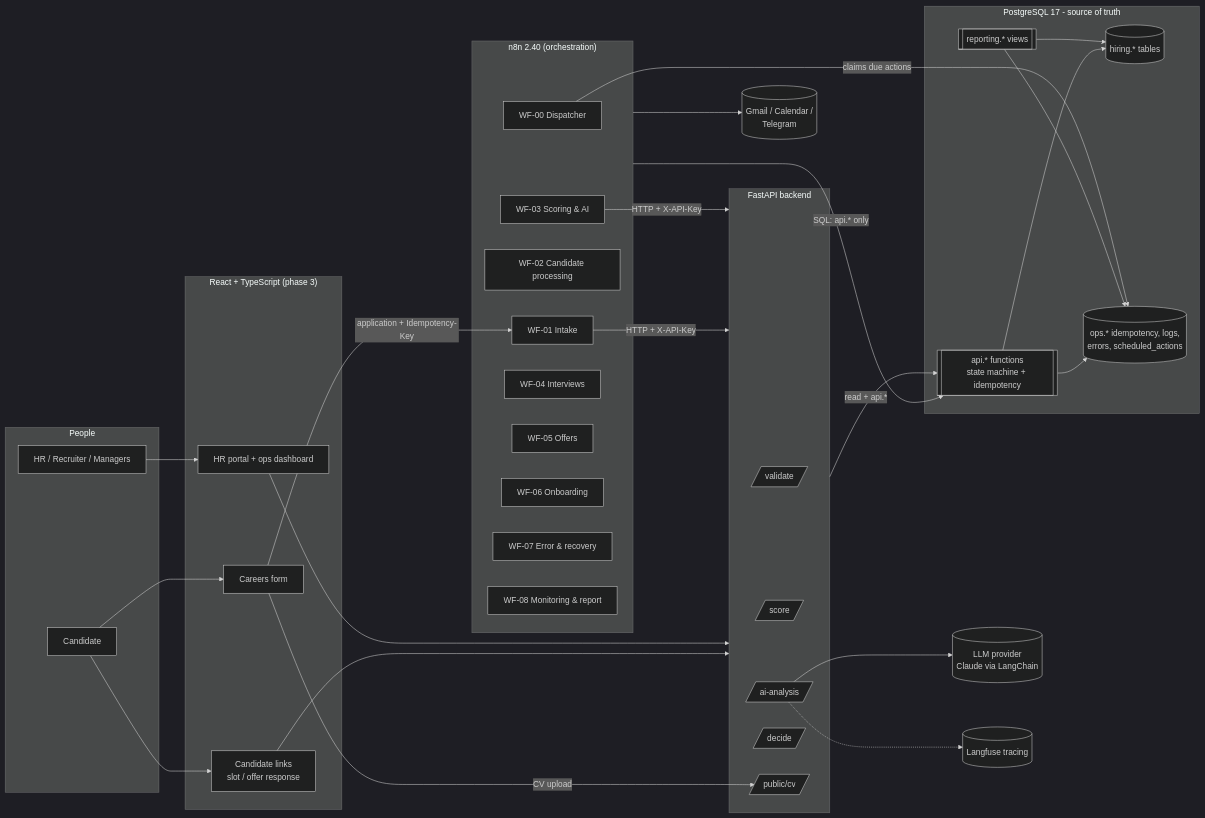
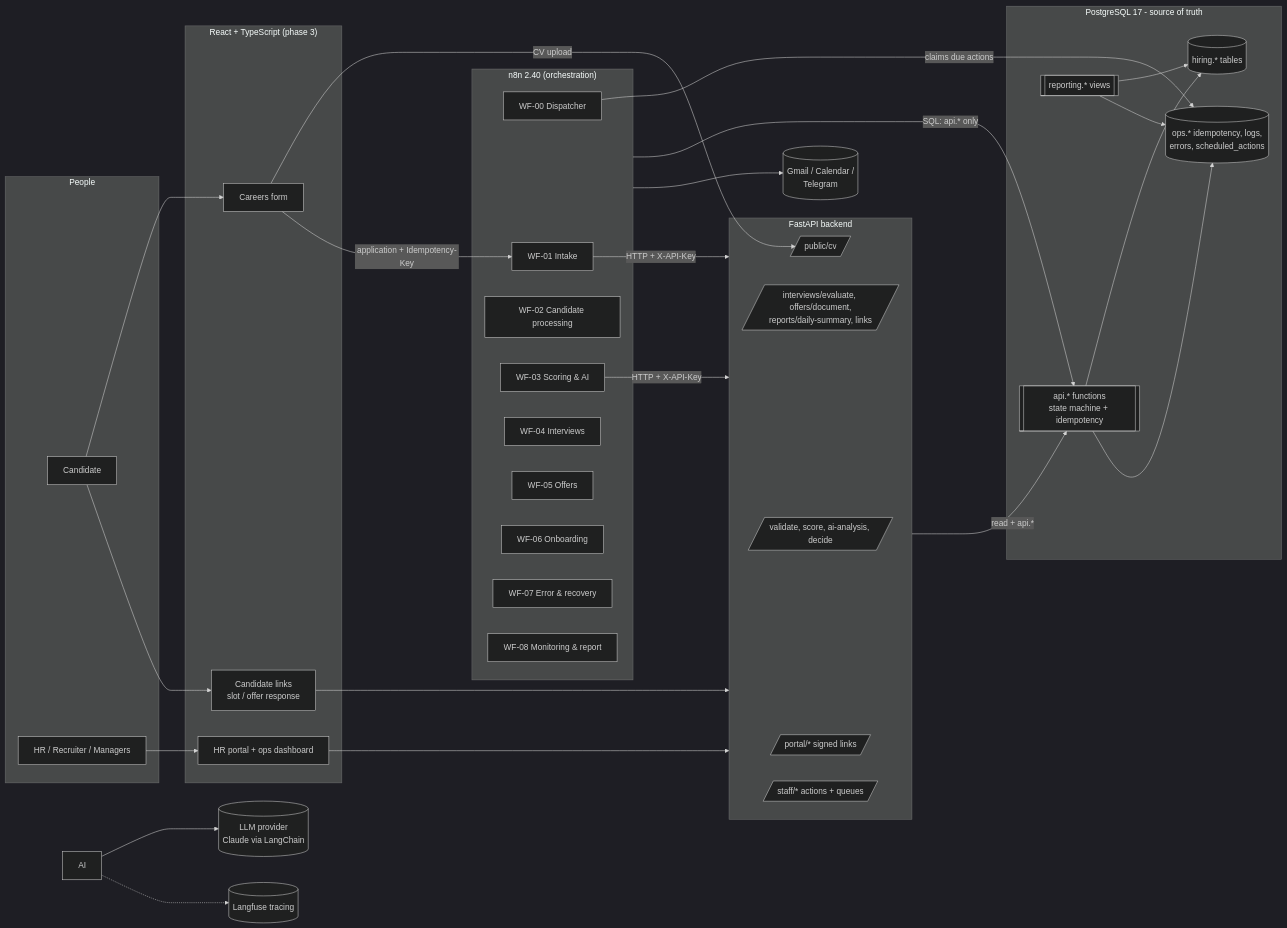
One commit to hassankhursheed/novatech-hiring-automation changed the first of 2 diagrams in docs/architecture.md. Above: the diagram before and after it, drawn with Mermaid (dark theme). The commit also changed other lines of this file and 9 other files, not shown here.

````diff
--- a/docs/architecture.md
+++ b/docs/architecture.md
@@ -24,59 +28,59 @@
 ```mermaid
 flowchart LR
     subgraph People
         C[Candidate]
         HR[HR / Recruiter / Managers]
     end
 
     subgraph Frontend["React + TypeScript (phase 3)"]
         F1[Careers form]
         F2[Candidate links<br/>slot / offer response]
         F3[HR portal + ops dashboard]
     end
 
     subgraph N8N["n8n 2.40 (orchestration)"]
         WF0[WF-00 Dispatcher]
         WF1[WF-01 Intake]
         WF2[WF-02 Candidate processing]
         WF3[WF-03 Scoring & AI]
         WF4[WF-04 Interviews]
         WF5[WF-05 Offers]
         WF6[WF-06 Onboarding]
         WF7[WF-07 Error & recovery]
         WF8[WF-08 Monitoring & report]
     end
 
     subgraph API["FastAPI backend"]
-        V[/validate/]
-        S[/score/]
-        AI[/ai-analysis/]
-        D[/decide/]
+        V[/validate, score, ai-analysis, decide/]
+        EV[/interviews/evaluate, offers/document,<br/>reports/daily-summary, links/]
         CV[/public/cv/]
+        PO[/portal/* signed links/]
+        ST[/staff/* actions + queues/]
     end
 
     subgraph DB["PostgreSQL 17 - source of truth"]
         T[(hiring.* tables)]
         O[(ops.* idempotency, logs,<br/>errors, scheduled_actions)]
         FN[[api.* functions<br/>state machine + idempotency]]
         R[[reporting.* views]]
     end
 
     LLM[(LLM provider<br/>Claude via LangChain)]
     LF[(Langfuse tracing)]
     EXT[(Gmail / Calendar /<br/>Telegram)]
 
     C --> F1 & F2
     HR --> F3
     F1 -- CV upload --> CV
     F1 -- application + Idempotency-Key --> WF1
     F2 & F3 --> API
     WF1 & WF3 -- HTTP + X-API-Key --> API
     AI --> LLM
     AI -.-> LF
     N8N -- SQL: api.* only --> FN
     API -- read + api.* --> FN
     FN --> T & O
     R --> T & O
     N8N --> EXT
     WF0 -- claims due actions --> O
 ```
````
